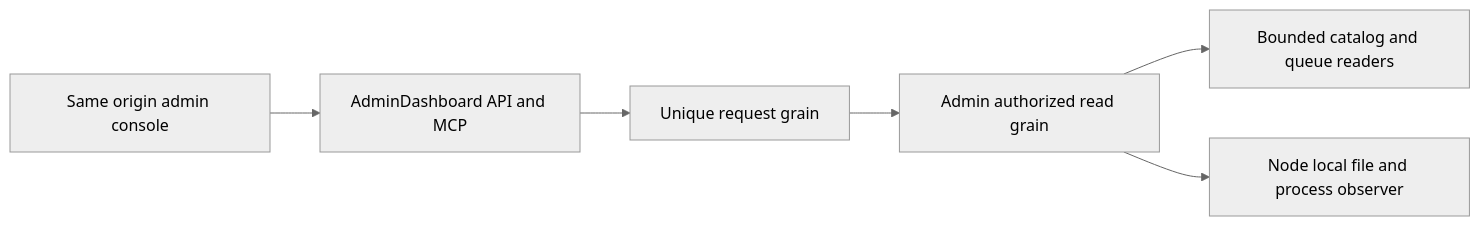
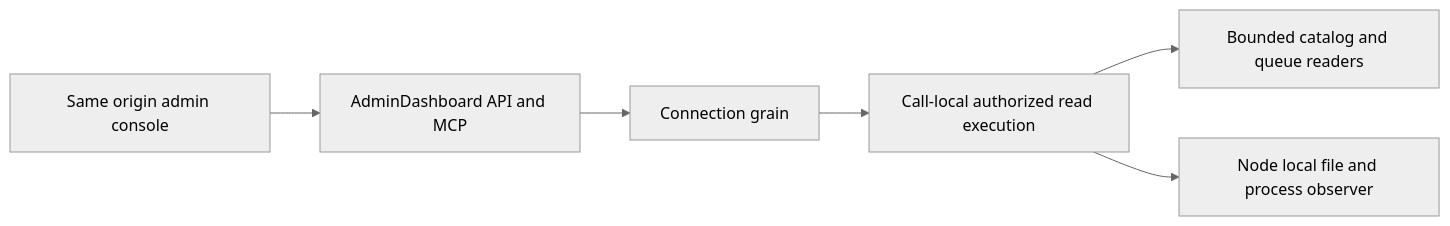
One commit to managedcode/KeyLoad changed the sixth of 44 diagrams in docs/Architecture.md. Above: the diagram before and after it, drawn with Mermaid (neutral theme). The commit also changed other lines of this file and 127 other files, not shown here.

First line of the commit message:
Implement connection-owned Orleans execution with parallel operations

````diff
--- a/docs/Architecture.md
+++ b/docs/Architecture.md
@@ -129,8 +129,8 @@
 ```mermaid
 flowchart LR
     Admin[Same origin admin console] --> API[AdminDashboard API and MCP]
-    API --> Request[Unique request grain]
-    Request --> Read[Admin authorized read grain]
+    API --> Request[Connection grain]
+    Request --> Read[Call-local authorized read execution]
     Read --> Core[Bounded catalog and queue readers]
     Read --> Node[Node local file and process observer]
 ```
````
